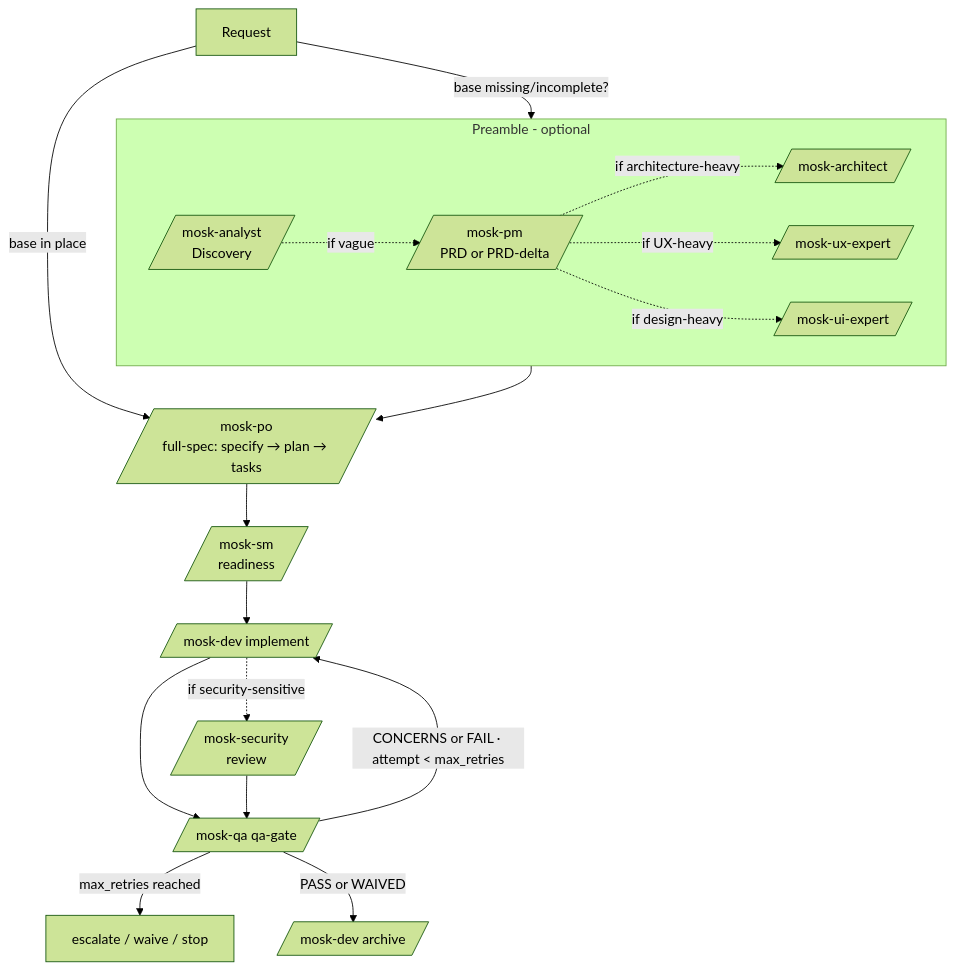
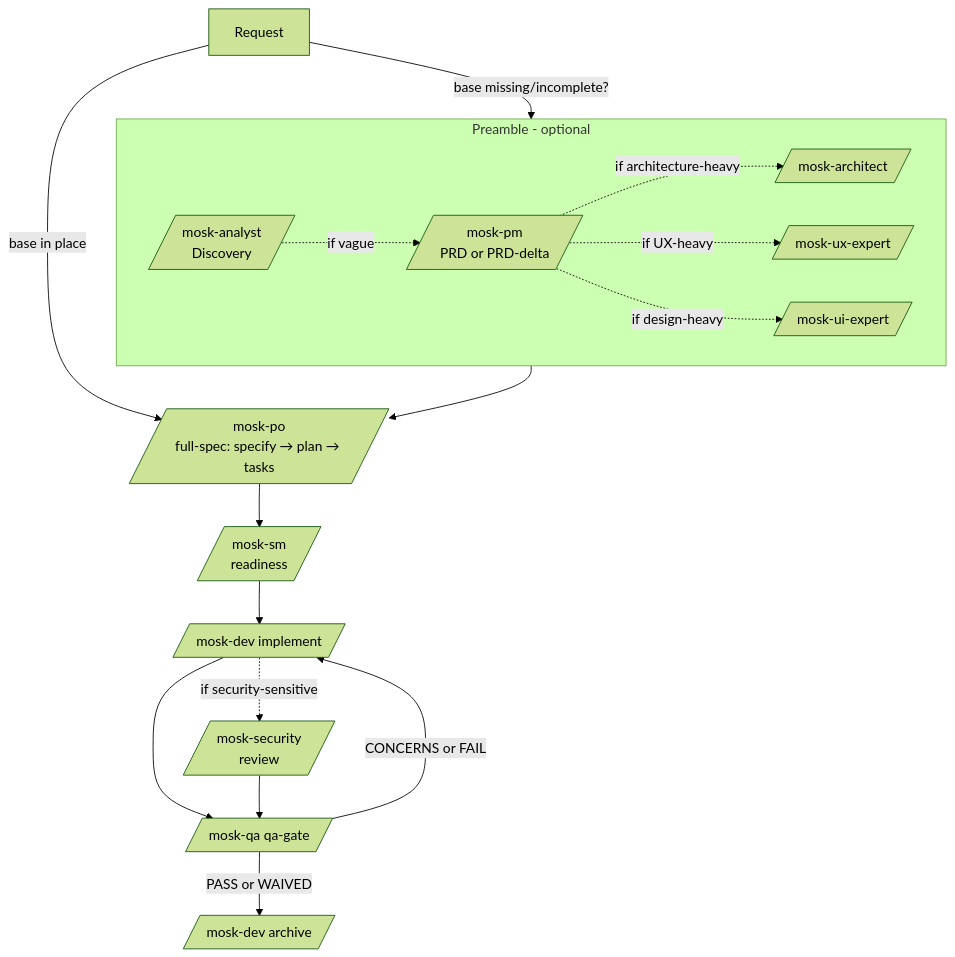
Before and after one commit to rogerznts/mosk: the diagram in README.md, drawn with Mermaid (forest theme). The commit also changed other lines of this file and 34 other files, not shown here.

````diff
--- a/README.md
+++ b/README.md
@@ -86,22 +85,21 @@
 ```mermaid
 flowchart TD
     A[Request] -->|base missing/incomplete?| PRE
     A -->|base in place| F
 
     subgraph PRE [Preamble - optional]
         B[/mosk-analyst<br/>Discovery/] -. if vague .-> C[/mosk-pm<br/>PRD or PRD-delta/]
         C -. if architecture-heavy .-> E[/mosk-architect/]
         C -. if UX-heavy .-> D[/mosk-ux-expert/]
         C -. if design-heavy .-> W[/mosk-ui-expert/]
     end
 
     PRE --> F[/mosk-po<br/>full-spec: specify → plan → tasks/]
     F --> G[/mosk-sm<br/>readiness/]
     G --> H[/mosk-dev implement/]
     H -. if security-sensitive .-> S[/mosk-security<br/>review/]
     H --> I[/mosk-qa qa-gate/]
     S --> I
-    I -->|CONCERNS or FAIL · attempt < max_retries| H
-    I -->|max_retries reached| K[escalate / waive / stop]
+    I -->|CONCERNS or FAIL| H
     I -->|PASS or WAIVED| J[/mosk-dev archive/]
 ```
````
